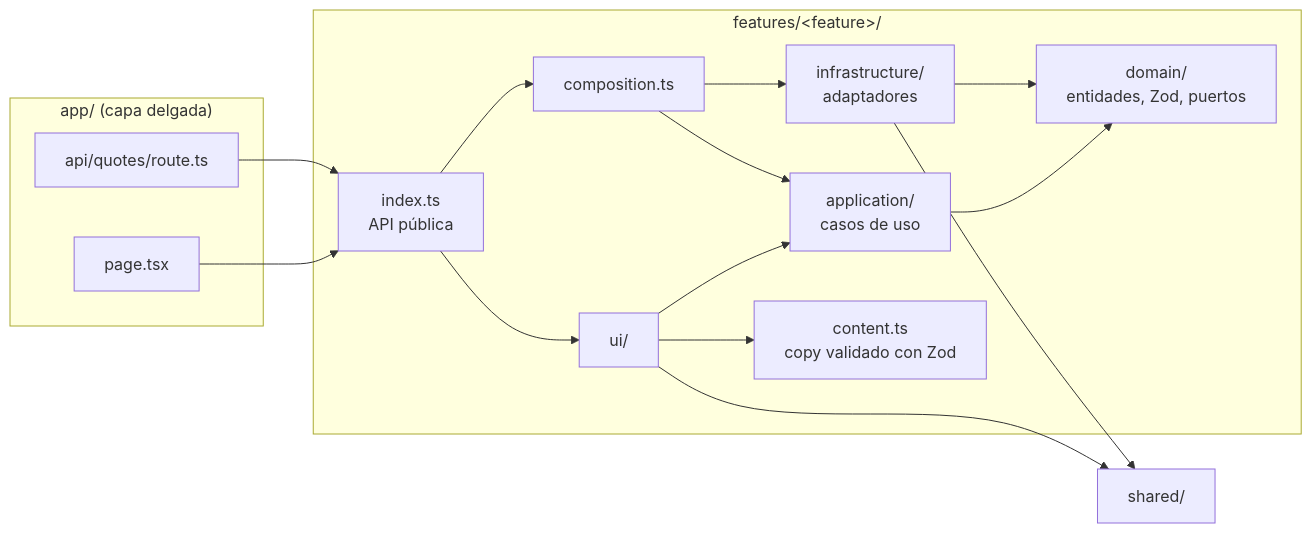
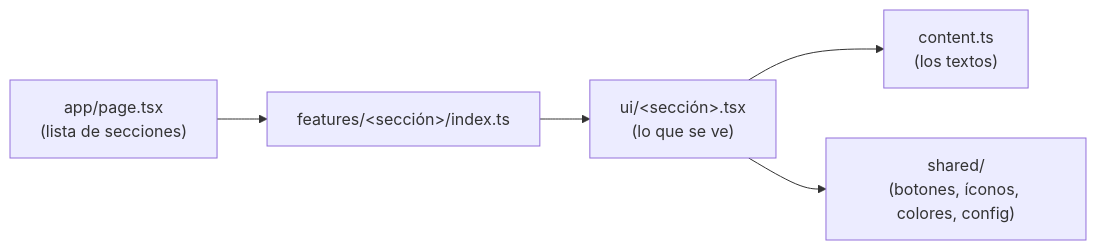
The diagram in README.md (adrimachado0/codigo-dinero), drawn with Mermaid before and after one commit. The commit also changed other lines of this file and 40 other files, not shown here.

````diff
--- a/README.md
+++ b/README.md
@@ -52,28 +53,7 @@
 ```mermaid
 flowchart LR
-  subgraph app["app/ (capa delgada)"]
-    page[page.tsx]
-    route[api/quotes/route.ts]
-  end
-  subgraph feature["features/&lt;feature&gt;/"]
-    index[index.ts<br/>API pública]
-    ui[ui/]
-    application[application/<br/>casos de uso]
-    domain[domain/<br/>entidades, Zod, puertos]
-    infra[infrastructure/<br/>adaptadores]
-    composition[composition.ts]
-    content[content.ts<br/>copy validado con Zod]
-  end
-  shared[shared/]
-
-  page --> index
-  route --> index
-  index --> ui
-  index --> composition
-  ui --> application --> domain
-  ui --> content
-  composition --> infra --> domain
-  composition --> application
-  ui --> shared
-  infra --> shared
+  page["app/page.tsx<br/>(lista de secciones)"] --> index["features/&lt;sección&gt;/index.ts"]
+  index --> ui["ui/&lt;sección&gt;.tsx<br/>(lo que se ve)"]
+  ui --> content["content.ts<br/>(los textos)"]
+  ui --> shared["shared/<br/>(botones, íconos, colores, config)"]
 ```
````
